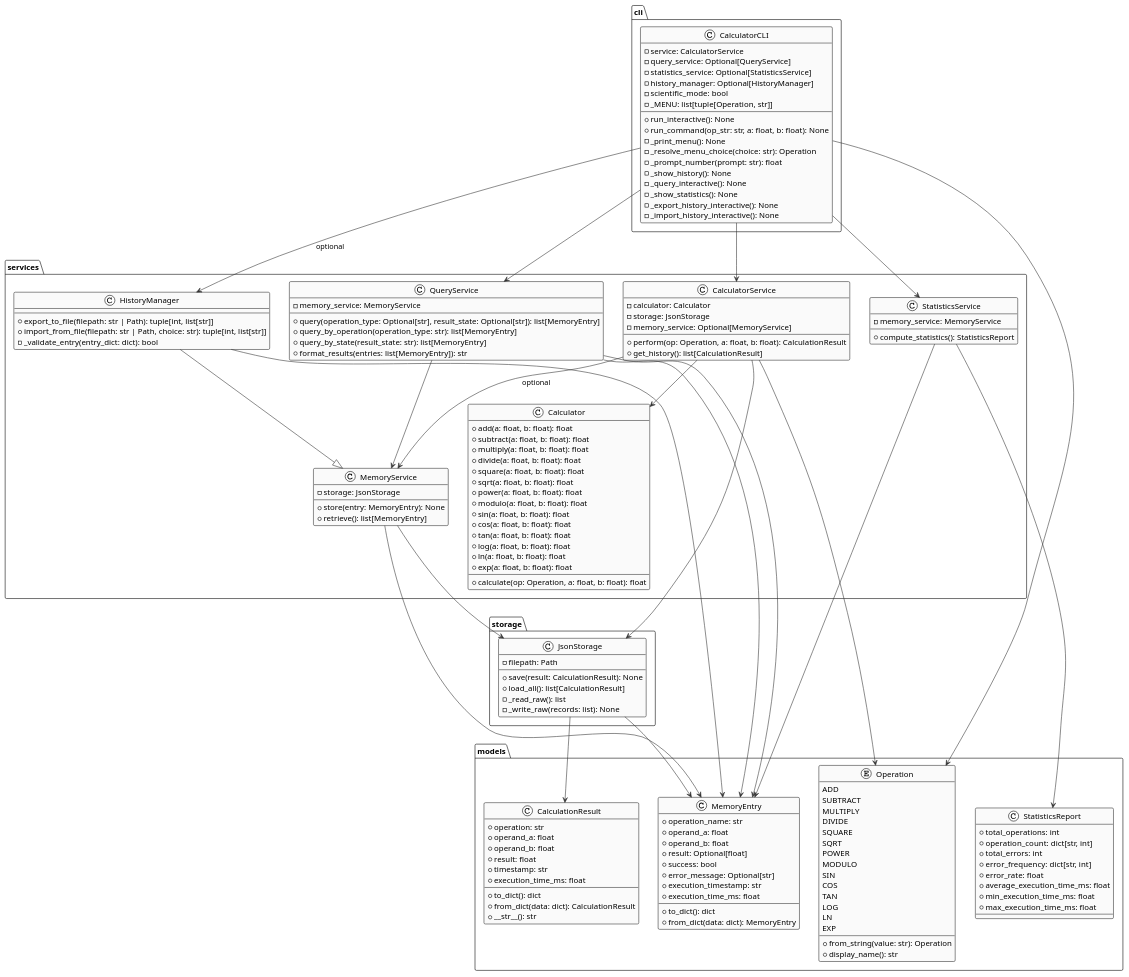
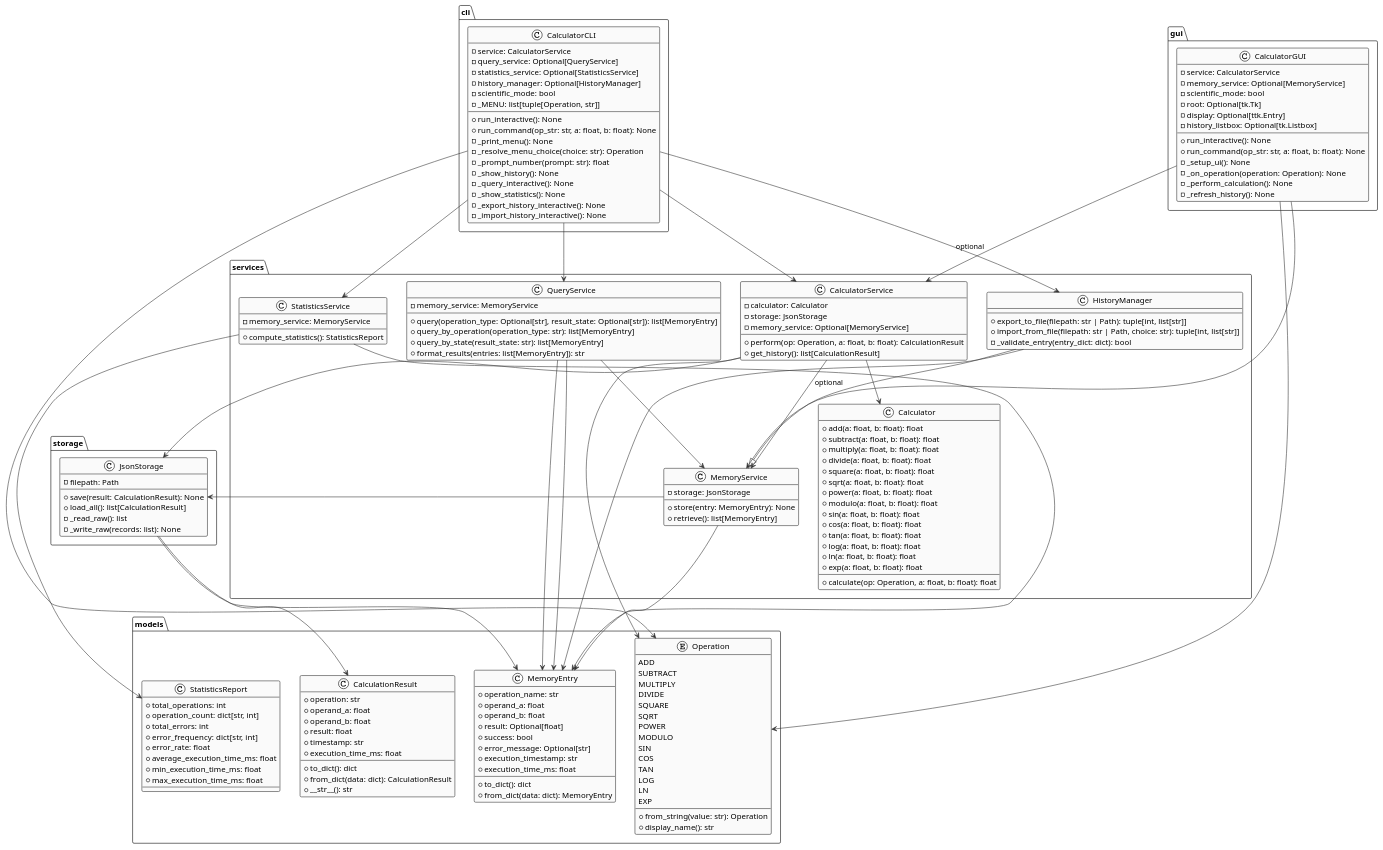
The diagram in experiments/broadcast/structured_text/calculator/artifacts/class_diagram.puml (DanielRiha8906/Software_autoevolution_using_agents), drawn with PlantUML before and after one commit. The commit also changed 3 other files, not shown here.

First line of the commit message:
Update diagrams to reflect GUI implementation

```diff
--- a/experiments/broadcast/structured_text/calculator/artifacts/class_diagram.puml
+++ b/experiments/broadcast/structured_text/calculator/artifacts/class_diagram.puml
@@ -157,6 +157,24 @@
   }
 }
 
+package "gui" {
+  class CalculatorGUI {
+    -service: CalculatorService
+    -memory_service: Optional[MemoryService]
+    -scientific_mode: bool
+    -root: Optional[tk.Tk]
+    -display: Optional[ttk.Entry]
+    -history_listbox: Optional[tk.Listbox]
+    --
+    +run_interactive(): None
+    +run_command(op_str: str, a: float, b: float): None
+    -_setup_ui(): None
+    -_on_operation(operation: Operation): None
+    -_perform_calculation(): None
+    -_refresh_history(): None
+  }
+}
+
 ' Relationships
 CalculatorService --> Calculator
 CalculatorService --> JsonStorage
@@ -178,6 +196,10 @@
 CalculatorCLI --> HistoryManager : optional
 CalculatorCLI --> Operation
 
+CalculatorGUI --> CalculatorService
+CalculatorGUI --> MemoryService
+CalculatorGUI --> Operation
+
 QueryService --> MemoryEntry
 StatisticsService --> MemoryEntry
 StatisticsService --> StatisticsReport
```
